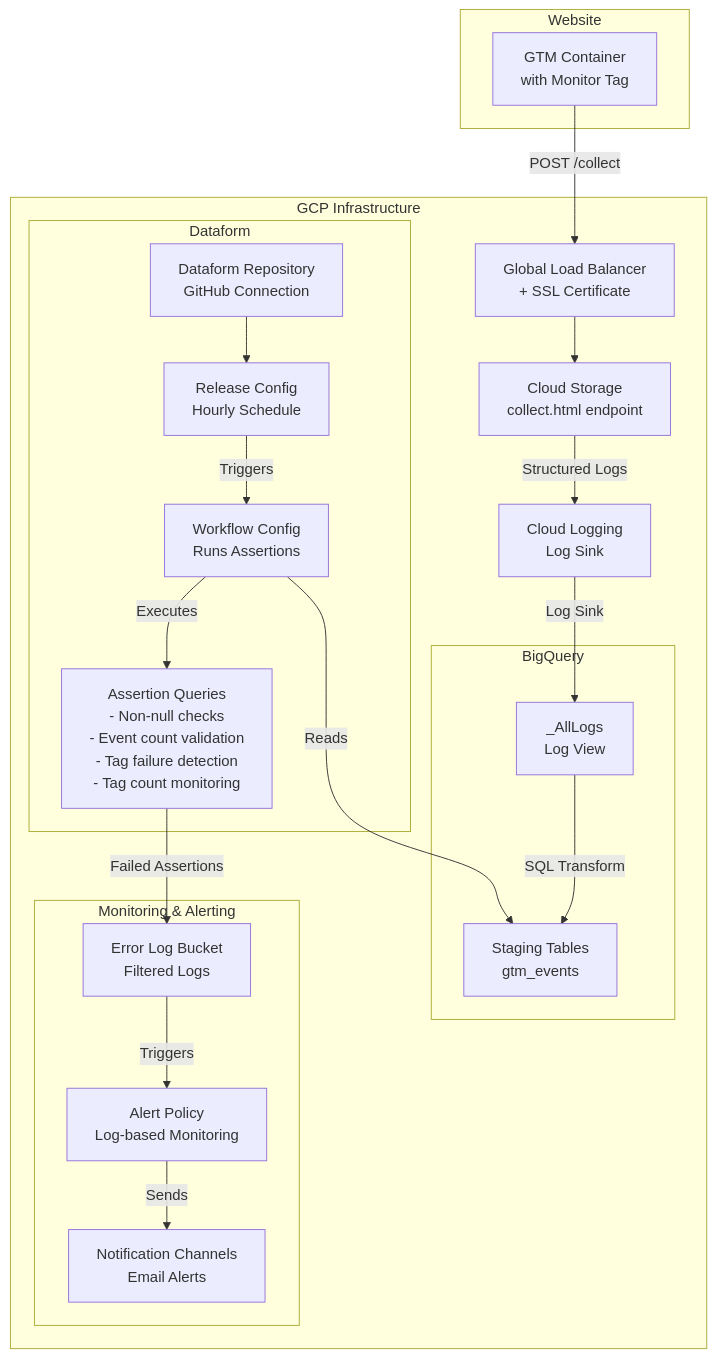
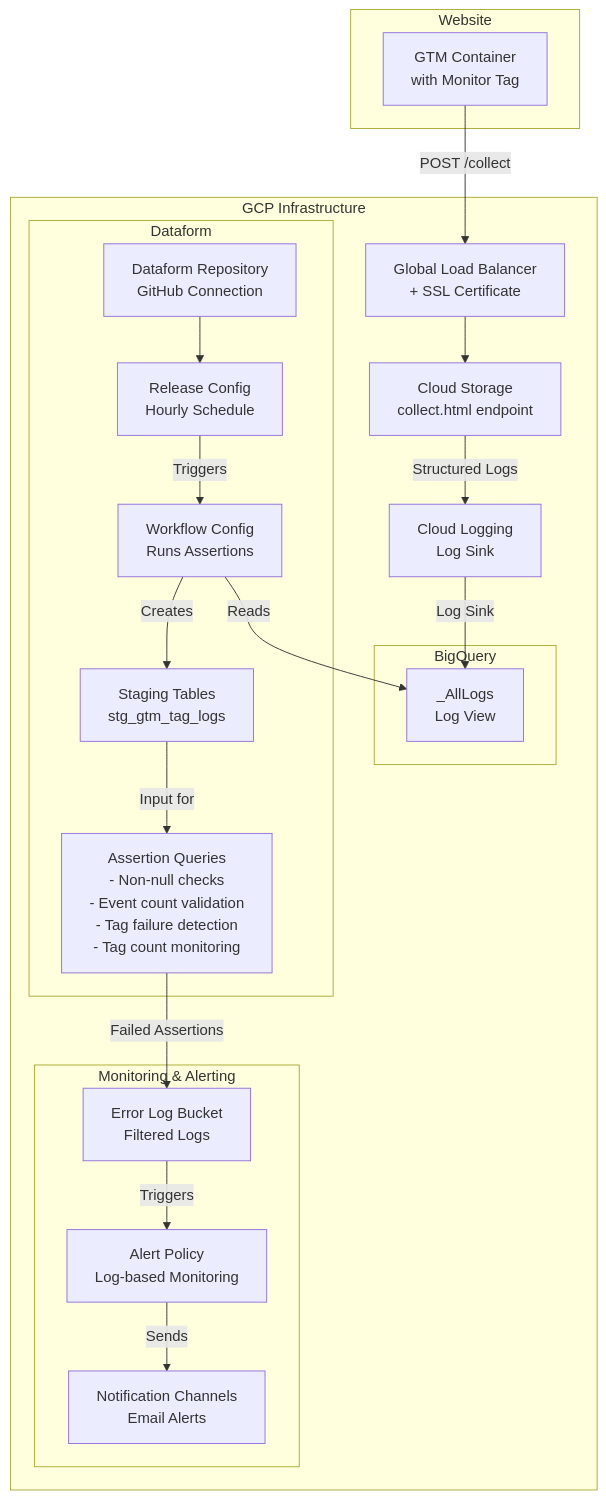
One commit to netzstrategen/gtm-monitoring-gcp changed the diagram in README_DRAFT.md. Above: the diagram before and after it, drawn with Mermaid.

````diff
--- a/README_DRAFT.md
+++ b/README_DRAFT.md
@@ -11,45 +11,45 @@
 ```mermaid
 graph TB
     subgraph "Website"
         GTM[GTM Container<br/>with Monitor Tag]
     end
     
     subgraph "GCP Infrastructure"
         LB[Global Load Balancer<br/>+ SSL Certificate]
         GCS[Cloud Storage<br/>collect.html endpoint]
         Logs[Cloud Logging<br/>Log Sink]
         
         subgraph "BigQuery"
             LogView[_AllLogs<br/>Log View]
-            Staging[Staging Tables<br/>gtm_events]
         end
         
         subgraph "Dataform"
             DF_Repo[Dataform Repository<br/>GitHub Connection]
             DF_Release[Release Config<br/>Hourly Schedule]
             DF_Workflow[Workflow Config<br/>Runs Assertions]
+            Staging[Staging Tables<br/>stg_gtm_tag_logs]
             DF_Assert[Assertion Queries<br/>- Non-null checks<br/>- Event count validation<br/>- Tag failure detection<br/>- Tag count monitoring]
         end
         
         subgraph "Monitoring & Alerting"
             ErrorBucket[Error Log Bucket<br/>Filtered Logs]
             AlertPolicy[Alert Policy<br/>Log-based Monitoring]
             NotifChannel[Notification Channels<br/>Email Alerts]
         end
     end
     
     GTM -->|POST /collect| LB
     LB --> GCS
     GCS -->|Structured Logs| Logs
     Logs -->|Log Sink| LogView
-    LogView -->|SQL Transform| Staging
     
     DF_Repo --> DF_Release
     DF_Release -->|Triggers| DF_Workflow
-    DF_Workflow -->|Reads| Staging
-    DF_Workflow -->|Executes| DF_Assert
+    DF_Workflow -->|Reads| LogView
+    DF_Workflow -->|Creates| Staging
+    Staging -->|Input for| DF_Assert
     
     DF_Assert -->|Failed Assertions| ErrorBucket
     ErrorBucket -->|Triggers| AlertPolicy
     AlertPolicy -->|Sends| NotifChannel
 ```
````
